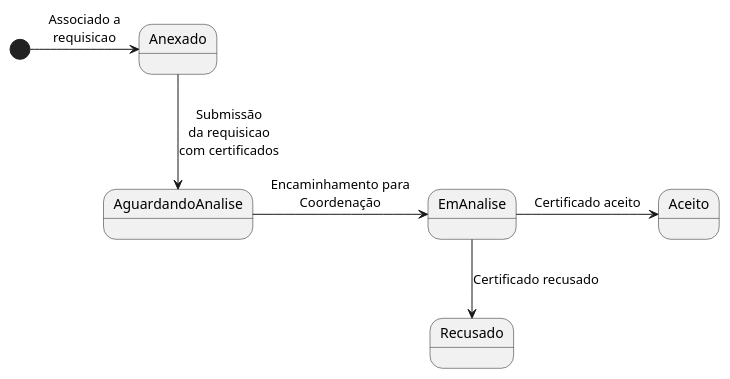
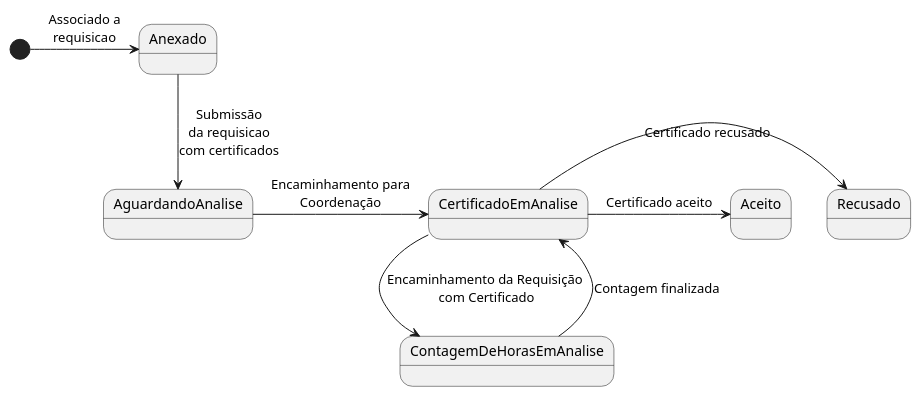
One commit to kvojps/sistema-acs changed the diagram in docs_source/src/2. Níveis/2.4 Código - C4/2.4.4 Máquina de estados/ME_certificado.puml. Above: the diagram before and after it, drawn with PlantUML.

Commit message:
Atualizado o Diagrama de Máquina de Estado do Certificado
Foi adicionado no diagrama a parte de análise da contagem por parte da Comissão que faltava no fluxograma, já que o coordenador vai analisar também o certificado atualizado com as contagens de horas feitas pela Comissão.

```diff
--- a/docs_source/src/2. Níveis/2.4 Código - C4/2.4.4 Máquina de estados/ME_certificado.puml
+++ b/docs_source/src/2. Níveis/2.4 Código - C4/2.4.4 Máquina de estados/ME_certificado.puml
@@ -1,7 +1,11 @@
 @startuml Certificado
+
 [*] -> Anexado : Associado a\nrequisicao
 Anexado --> AguardandoAnalise : Submissão\nda requisicao\ncom certificados
-AguardandoAnalise -> EmAnalise : Encaminhamento para\nCoordenação
-EmAnalise --> Recusado : Certificado recusado 
-EmAnalise -> Aceito : Certificado aceito
+AguardandoAnalise -> CertificadoEmAnalise : Encaminhamento para\nCoordenação
+CertificadoEmAnalise -> Recusado : Certificado recusado 
+CertificadoEmAnalise -> Aceito : Certificado aceito
+CertificadoEmAnalise -> ContagemDeHorasEmAnalise : Encaminhamento da Requisição\n com Certificado
+ContagemDeHorasEmAnalise --> CertificadoEmAnalise : Contagem finalizada
+
 @enduml
```
